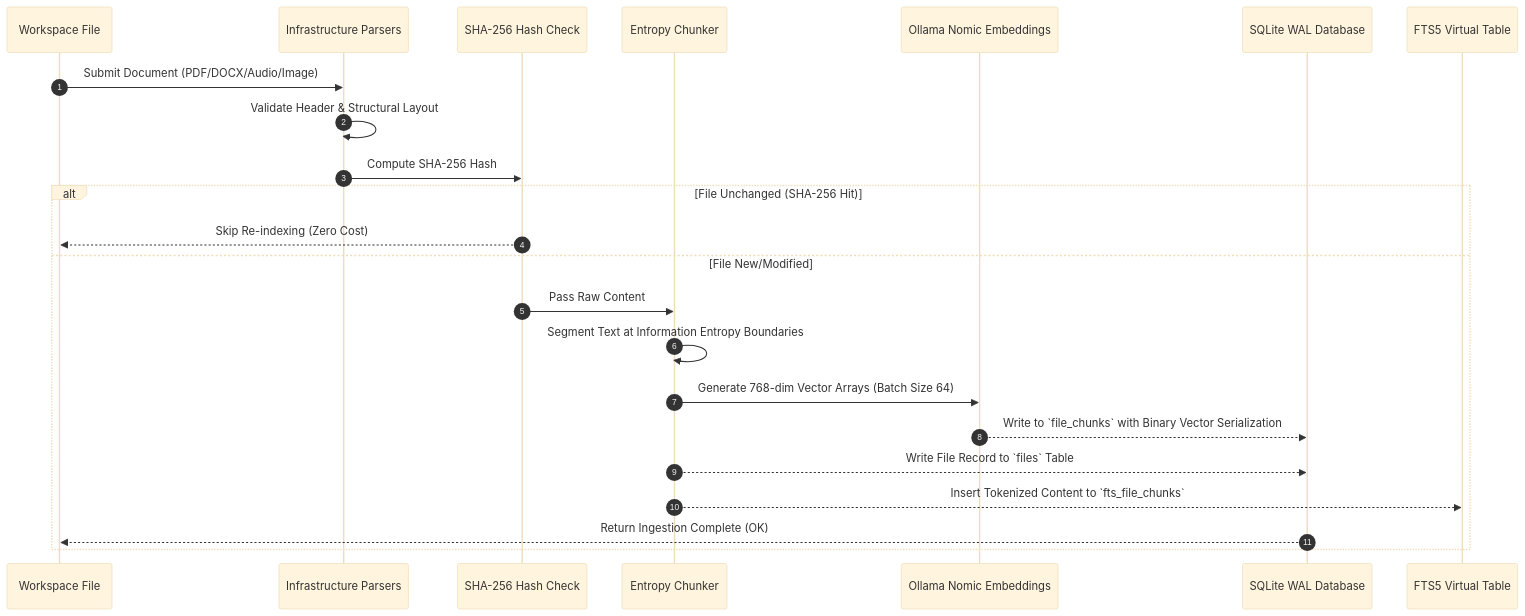
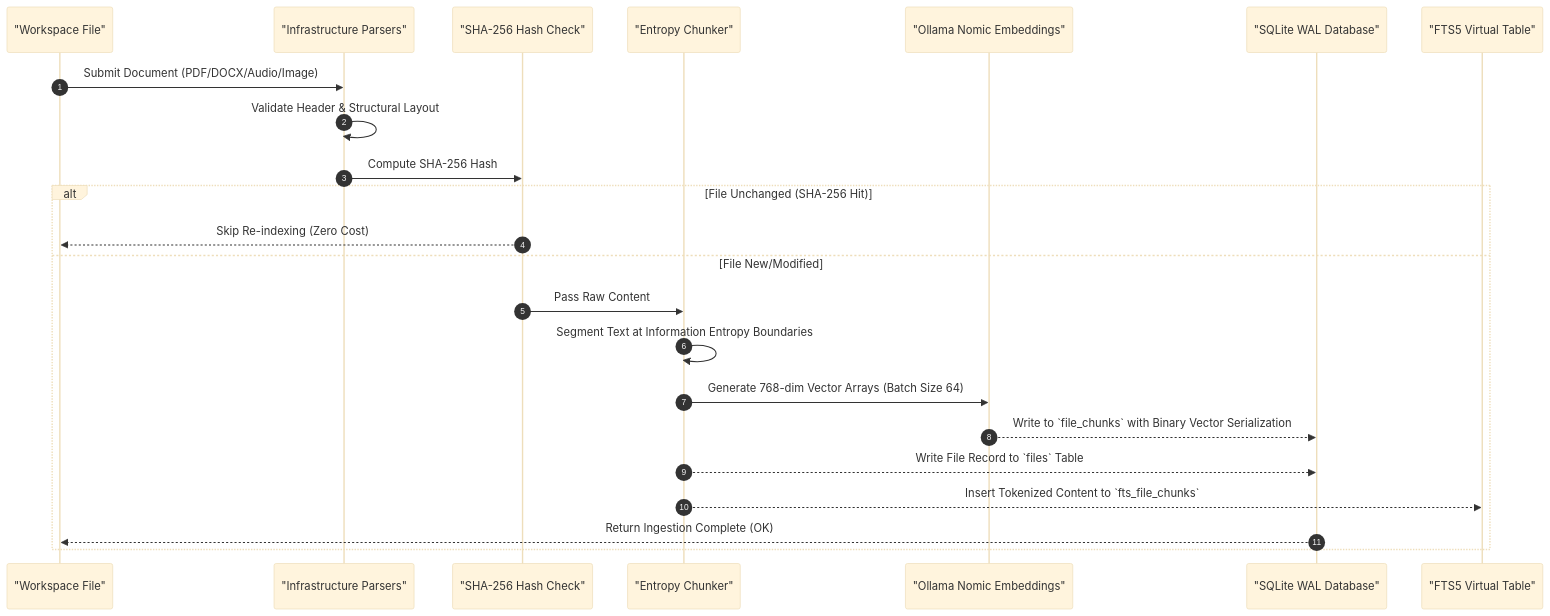
One commit to SavianAlexander/uroboros-knowledge-engine changed the third of 7 diagrams in README.md. Above: the diagram before and after it, drawn with Mermaid (base theme). The commit also changed other lines of this file and 8 other files, not shown here.

Commit message:
fix(docs): resolve Mermaid syntax parsing errors in README and architecture diagrams [Tududi #1689 | Neuro Hash: 7c4e912b]

````diff
--- a/README.md
+++ b/README.md
@@ -273,26 +273,26 @@
 ```mermaid
 sequenceDiagram
     autonumber
-    participant File as Workspace File
-    participant Parser as Infrastructure Parsers
-    participant Dedupe as SHA-256 Hash Check
-    participant Chunker as Entropy Chunker
-    participant Embed as Ollama Nomic Embeddings
-    participant DB as SQLite WAL Database
-    participant FTS as FTS5 Virtual Table
+    participant File as "Workspace File"
+    participant Parser as "Infrastructure Parsers"
+    participant Dedupe as "SHA-256 Hash Check"
+    participant Chunker as "Entropy Chunker"
+    participant Embed as "Ollama Nomic Embeddings"
+    participant DB as "SQLite WAL Database"
+    participant FTS as "FTS5 Virtual Table"
 
     File->>Parser: Submit Document (PDF/DOCX/Audio/Image)
     Parser->>Parser: Validate Header & Structural Layout
     Parser->>Dedupe: Compute SHA-256 Hash
     alt File Unchanged (SHA-256 Hit)
         Dedupe-->>File: Skip Re-indexing (Zero Cost)
     else File New/Modified
         Dedupe->>Chunker: Pass Raw Content
         Chunker->>Chunker: Segment Text at Information Entropy Boundaries
         Chunker->>Embed: Generate 768-dim Vector Arrays (Batch Size 64)
         Embed-->>DB: Write to `file_chunks` with Binary Vector Serialization
         Chunker-->>DB: Write File Record to `files` Table
         Chunker-->>FTS: Insert Tokenized Content to `fts_file_chunks`
         DB-->>File: Return Ingestion Complete (OK)
     end
 ```
````
